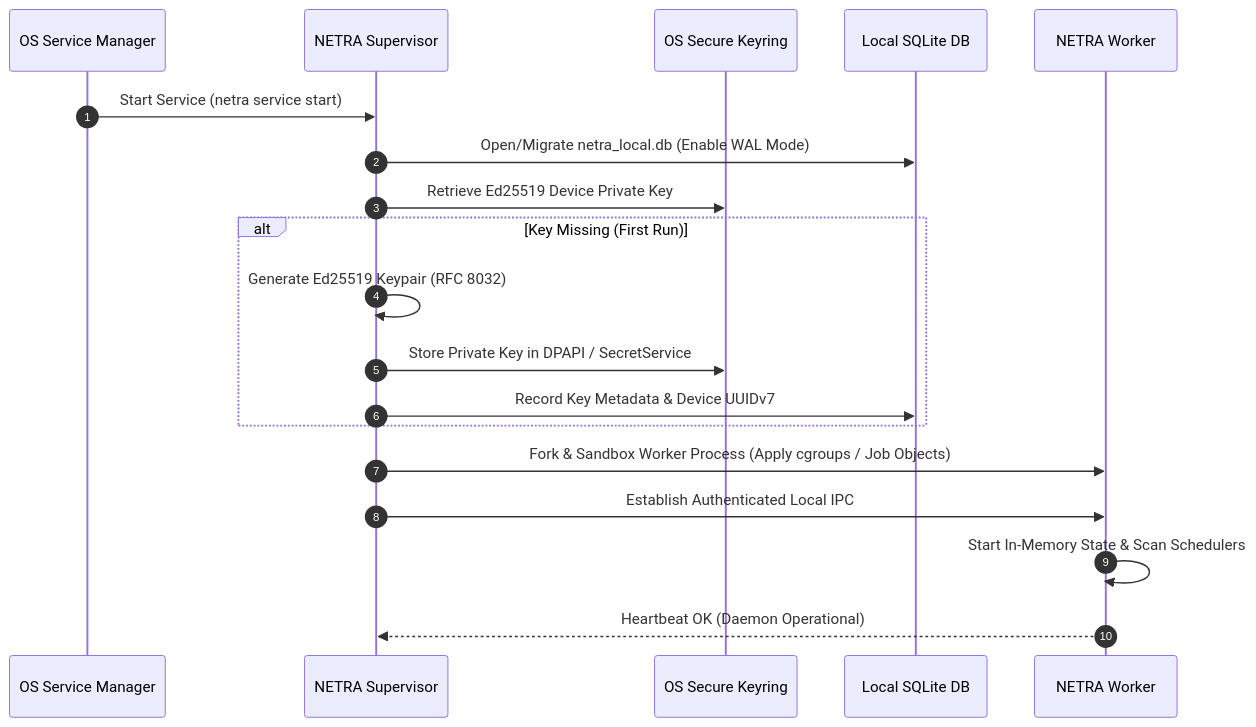
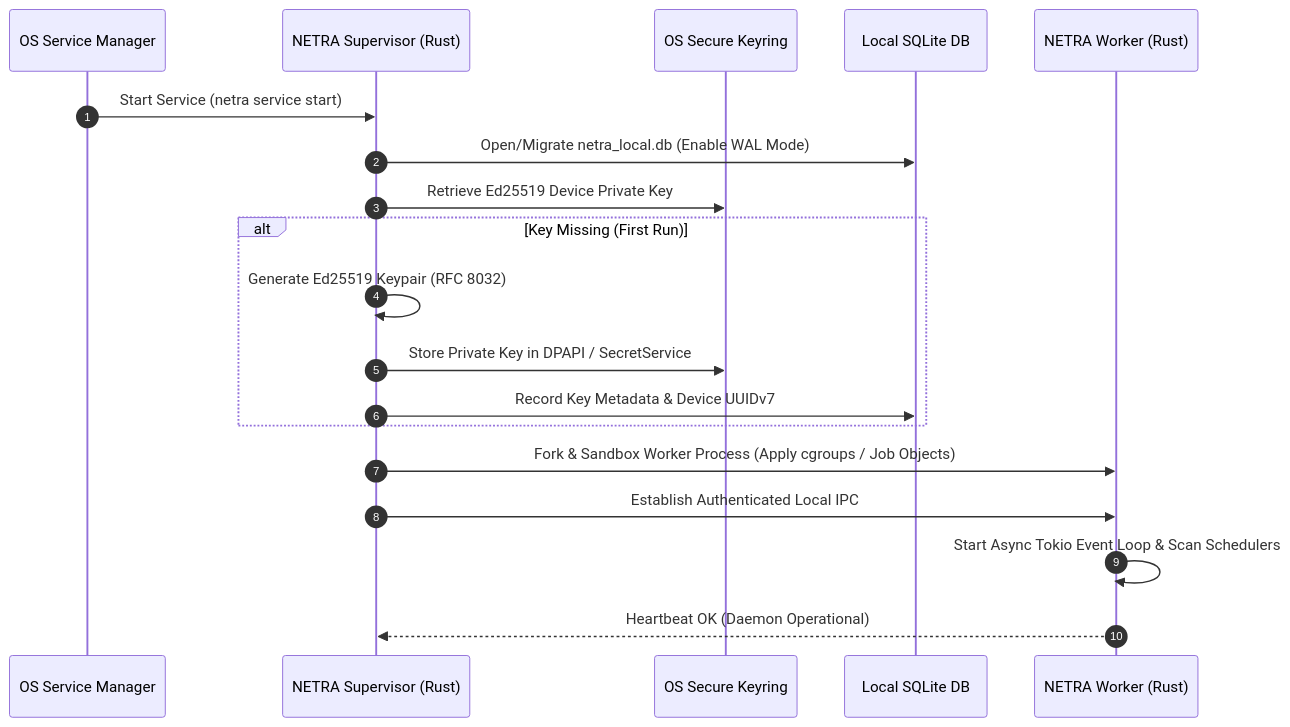
Before and after one commit to Subhadip-Paul2006/NETRA-Backend: the second of 13 diagrams in docs/SYSTEM_DESIGN.md, drawn with Mermaid. The commit also changed other lines of this file and 13 other files, not shown here.

Commit message:
docs: finalize Rust-first systems architecture lock across all 16 specifications

````diff
--- a/docs/SYSTEM_DESIGN.md
+++ b/docs/SYSTEM_DESIGN.md
@@ -74,22 +75,22 @@
 ```mermaid
 sequenceDiagram
     autonumber
     participant OS as OS Service Manager
-    participant Sup as NETRA Supervisor
+    participant Sup as NETRA Supervisor (Rust)
     participant Keyring as OS Secure Keyring
     participant DB as Local SQLite DB
-    participant Worker as NETRA Worker
+    participant Worker as NETRA Worker (Rust)
 
     OS->>Sup: Start Service (netra service start)
     Sup->>DB: Open/Migrate netra_local.db (Enable WAL Mode)
     Sup->>Keyring: Retrieve Ed25519 Device Private Key
     alt Key Missing (First Run)
         Sup->>Sup: Generate Ed25519 Keypair (RFC 8032)
         Sup->>Keyring: Store Private Key in DPAPI / SecretService
         Sup->>DB: Record Key Metadata & Device UUIDv7
     end
     Sup->>Worker: Fork & Sandbox Worker Process (Apply cgroups / Job Objects)
     Sup->>Worker: Establish Authenticated Local IPC
-    Worker->>Worker: Start In-Memory State & Scan Schedulers
+    Worker->>Worker: Start Async Tokio Event Loop & Scan Schedulers
     Worker-->>Sup: Heartbeat OK (Daemon Operational)
 ```
````
